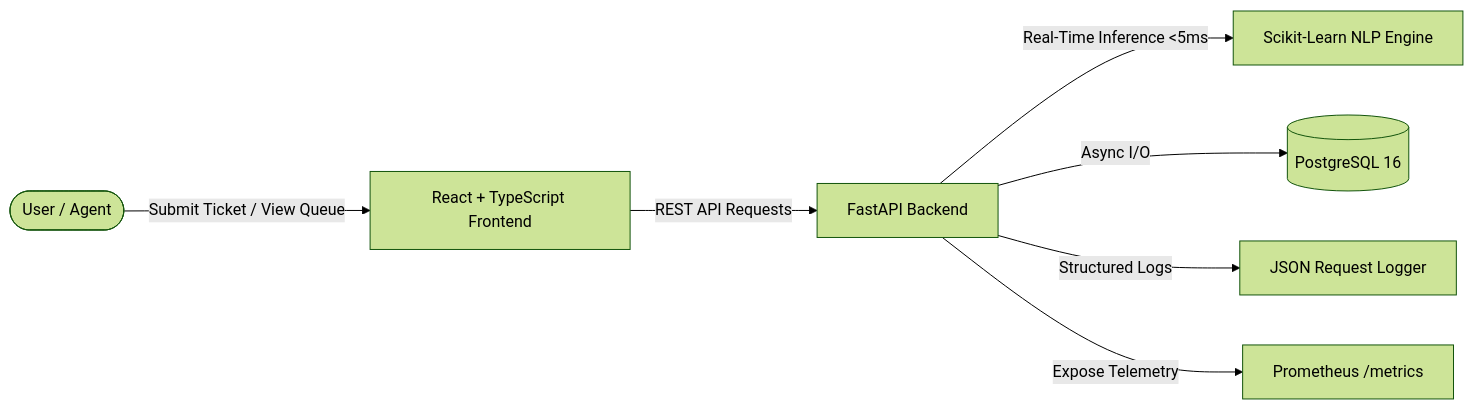
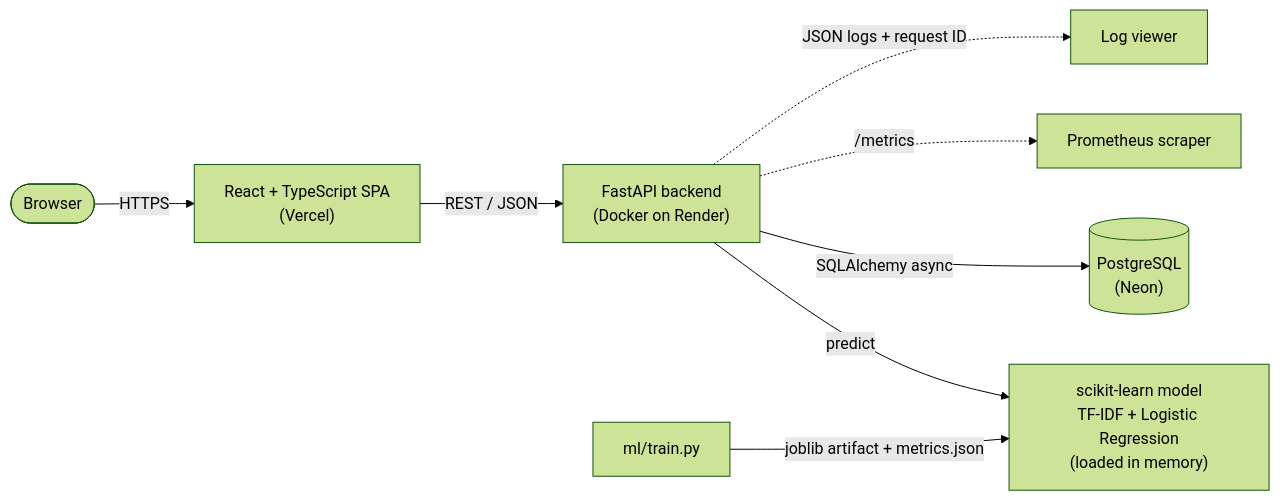
One commit to VydyaP/ticketsense changed the diagram in README.md. Above: the diagram before and after it, drawn with Mermaid (forest theme). The commit also changed other lines of this file and 3 other files, not shown here.

Commit message:
docs: rewrite README and DESIGN with real metrics and dataset caveats

````diff
--- a/README.md
+++ b/README.md
@@ -20,9 +26,10 @@
 ```mermaid
 flowchart LR
-    User([User / Agent]) -->|Submit Ticket / View Queue| WebApp[React + TypeScript Frontend]
-    WebApp -->|REST API Requests| FastAPIServer[FastAPI Backend]
-    FastAPIServer -->|Real-Time Inference <5ms| MLModel[Scikit-Learn NLP Engine]
-    FastAPIServer -->|Async I/O| Postgres[(PostgreSQL 16)]
-    FastAPIServer -->|Structured Logs| Logger[JSON Request Logger]
-    FastAPIServer -->|Expose Telemetry| Prom[Prometheus /metrics]
+    U([Browser]) -->|HTTPS| FE["React + TypeScript SPA<br/>(Vercel)"]
+    FE -->|REST / JSON| API["FastAPI backend<br/>(Docker on Render)"]
+    API -->|predict| ML["scikit-learn model<br/>TF-IDF + Logistic Regression<br/>(loaded in memory)"]
+    API -->|SQLAlchemy async| DB[("PostgreSQL<br/>(Neon)")]
+    API -.->|/metrics| P[Prometheus scraper]
+    API -.->|JSON logs + request ID| L[Log viewer]
+    T["ml/train.py"] -->|joblib artifact + metrics.json| ML
 ```
````
